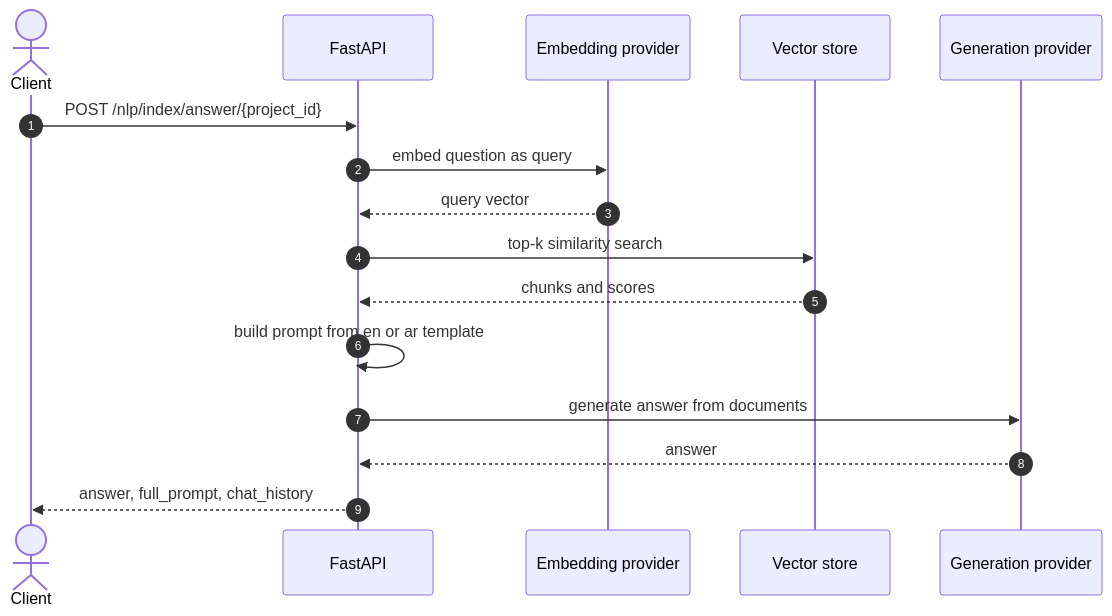
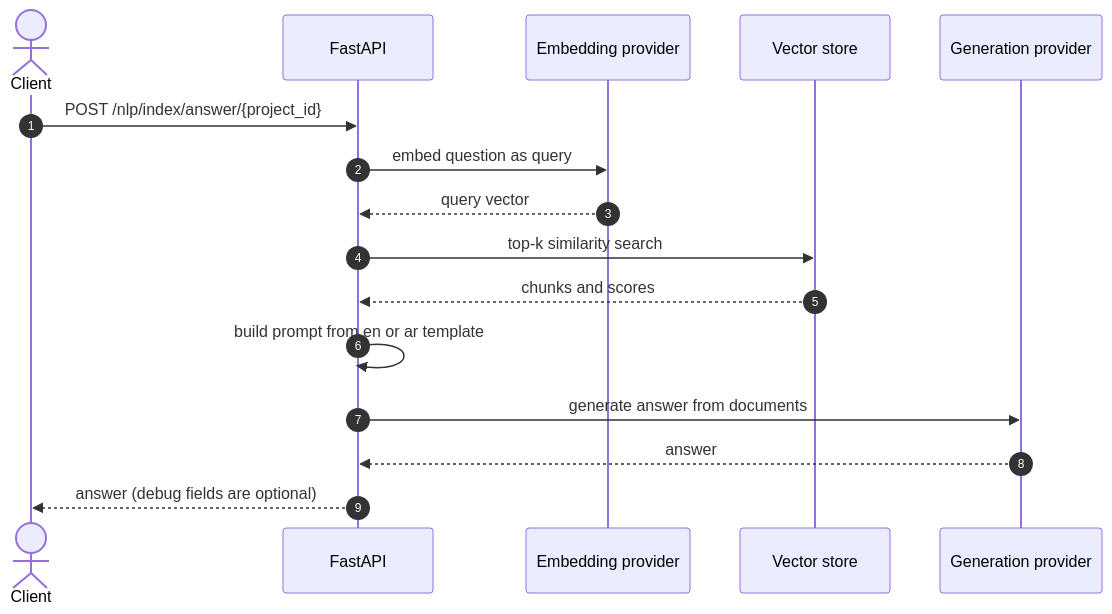
One commit to ElsebaiyMohamed/MiniRag_26 changed the fourth of 6 diagrams in README.md. Above: the diagram before and after it, drawn with Mermaid. The commit also changed other lines of this file and 10 other files, not shown here.

````diff
--- a/README.md
+++ b/README.md
@@ -160,19 +161,19 @@
 ```mermaid
 sequenceDiagram
     autonumber
     actor C as Client
     participant API as FastAPI
     participant EMB as Embedding provider
     participant VDB as Vector store
     participant LLM as Generation provider
 
     C->>API: POST /nlp/index/answer/{project_id}
     API->>EMB: embed question as query
     EMB-->>API: query vector
     API->>VDB: top-k similarity search
     VDB-->>API: chunks and scores
     API->>API: build prompt from en or ar template
     API->>LLM: generate answer from documents
     LLM-->>API: answer
-    API-->>C: answer, full_prompt, chat_history
+    API-->>C: answer (debug fields are optional)
 ```
````
